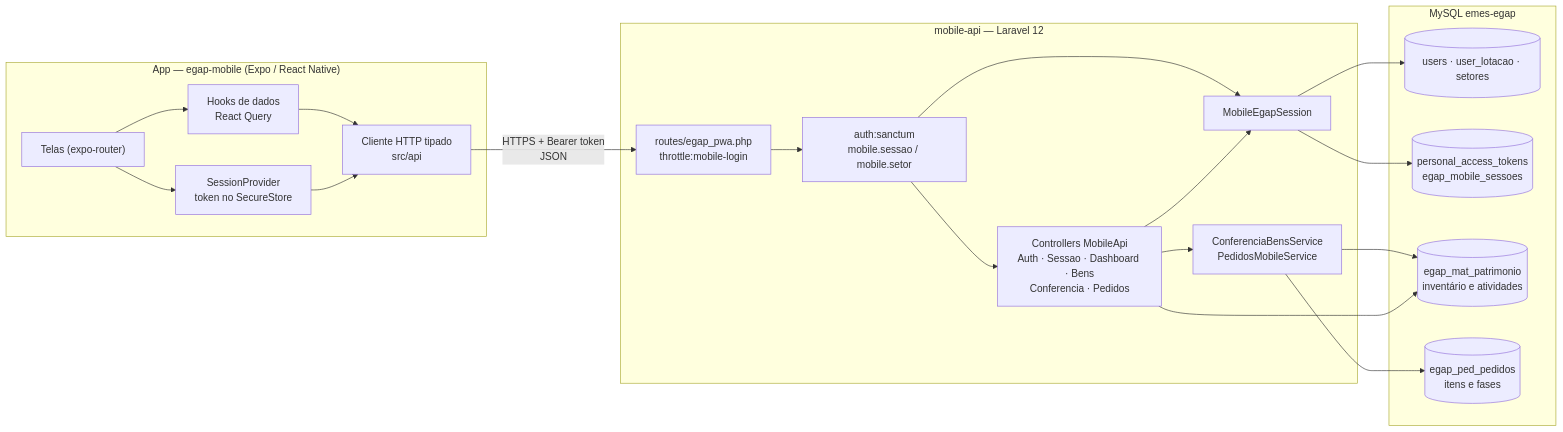
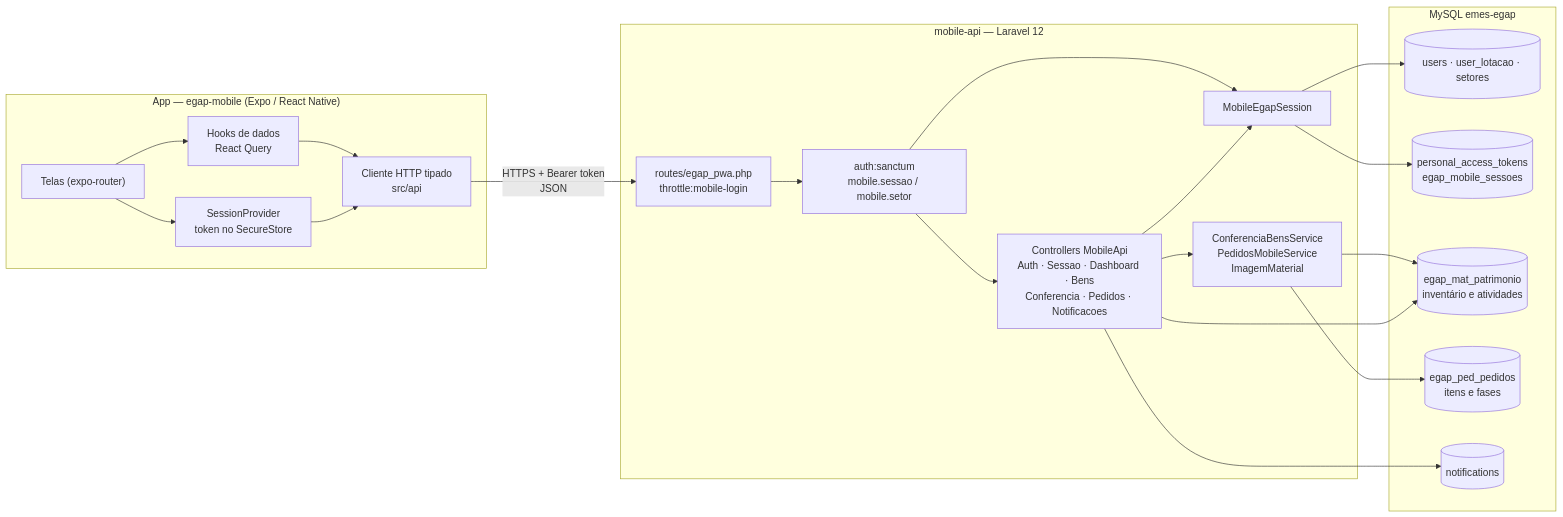
One commit to donzzim/TCC changed the first of 6 diagrams in README.md. Above: the diagram before and after it, drawn with Mermaid. The commit also changed other lines of this file, not shown here.

````diff
--- a/README.md
+++ b/README.md
@@ -80,36 +83,38 @@
 ```mermaid
 flowchart LR
     subgraph APP["App — egap-mobile (Expo / React Native)"]
         telas["Telas (expo-router)"]
         hooks["Hooks de dados<br/>React Query"]
         cliente["Cliente HTTP tipado<br/>src/api"]
         sessaoApp["SessionProvider<br/>token no SecureStore"]
         telas --> hooks --> cliente
         telas --> sessaoApp --> cliente
     end
 
     subgraph API["mobile-api — Laravel 12"]
         rotas["routes/egap_pwa.php<br/>throttle:mobile-login"]
         mw["auth:sanctum<br/>mobile.sessao / mobile.setor"]
         sess["MobileEgapSession"]
-        ctrl["Controllers MobileApi<br/>Auth · Sessao · Dashboard · Bens<br/>Conferencia · Pedidos"]
-        svc["ConferenciaBensService<br/>PedidosMobileService"]
+        ctrl["Controllers MobileApi<br/>Auth · Sessao · Dashboard · Bens<br/>Conferencia · Pedidos · Notificacoes"]
+        svc["ConferenciaBensService<br/>PedidosMobileService<br/>ImagemMaterial"]
         rotas --> mw --> sess
         mw --> ctrl --> svc
         ctrl --> sess
     end
 
     subgraph DB["MySQL emes-egap"]
         t1[("users · user_lotacao · setores")]
         t2[("personal_access_tokens<br/>egap_mobile_sessoes")]
         t3[("egap_mat_patrimonio<br/>inventário e atividades")]
         t4[("egap_ped_pedidos<br/>itens e fases")]
+        t5[("notifications")]
     end
 
     cliente -- "HTTPS + Bearer token<br/>JSON" --> rotas
     sess --> t1
     sess --> t2
     svc --> t3
     svc --> t4
     ctrl --> t3
+    ctrl --> t5
 ```
````
